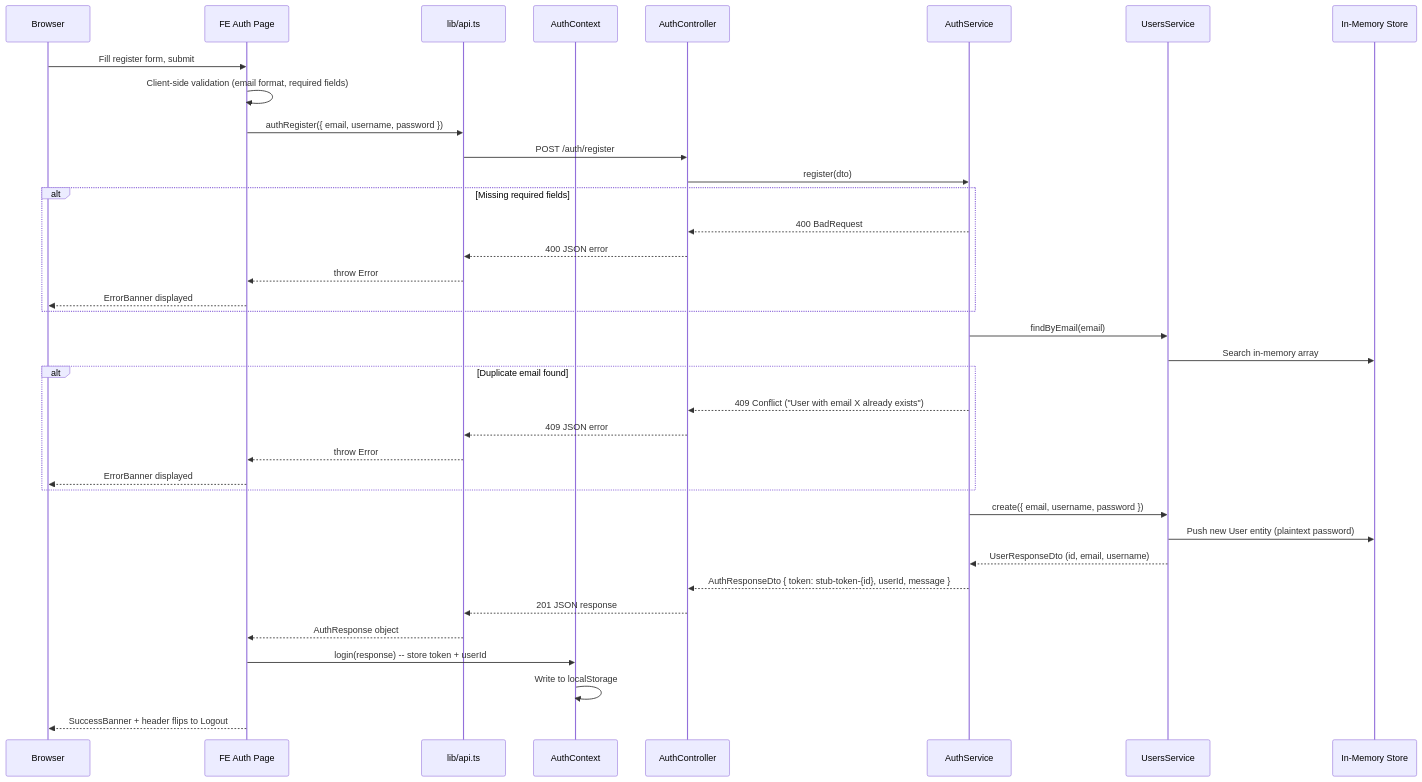
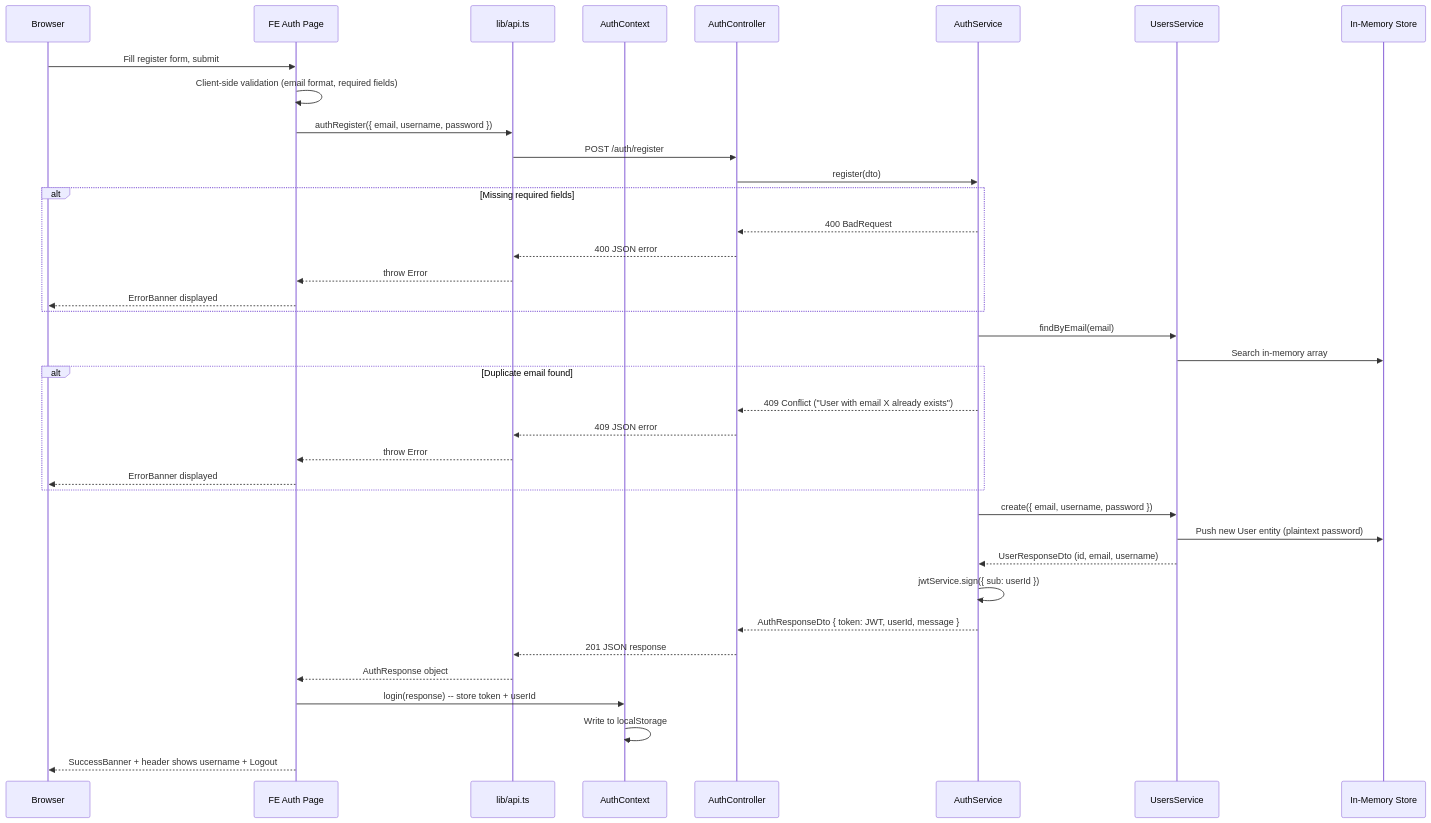
The first of 5 diagrams in docs/diagrams/auth-flow.md (KLJr-Dev/KC-Project), drawn with Mermaid before and after one commit. The commit also changed other lines of this file and 2 other files, not shown here.

First line of the commit message:
docs: update auth-flow docs, diagrams, and roadmap for v0.1.3

````diff
--- a/docs/diagrams/auth-flow.md
+++ b/docs/diagrams/auth-flow.md
@@ -13,45 +13,46 @@
 ```mermaid
 sequenceDiagram
   participant Browser
   participant AuthPage as FE Auth Page
   participant API as lib/api.ts
   participant AuthCtx as AuthContext
   participant Controller as AuthController
   participant AuthSvc as AuthService
   participant UsersSvc as UsersService
   participant Store as In-Memory Store
 
   Browser->>AuthPage: Fill register form, submit
   AuthPage->>AuthPage: Client-side validation (email format, required fields)
   AuthPage->>API: authRegister({ email, username, password })
   API->>Controller: POST /auth/register
 
   Controller->>AuthSvc: register(dto)
 
   alt Missing required fields
     AuthSvc-->>Controller: 400 BadRequest
     Controller-->>API: 400 JSON error
     API-->>AuthPage: throw Error
     AuthPage-->>Browser: ErrorBanner displayed
   end
 
   AuthSvc->>UsersSvc: findByEmail(email)
   UsersSvc->>Store: Search in-memory array
 
   alt Duplicate email found
     AuthSvc-->>Controller: 409 Conflict ("User with email X already exists")
     Controller-->>API: 409 JSON error
     API-->>AuthPage: throw Error
     AuthPage-->>Browser: ErrorBanner displayed
   end
 
   AuthSvc->>UsersSvc: create({ email, username, password })
   UsersSvc->>Store: Push new User entity (plaintext password)
   UsersSvc-->>AuthSvc: UserResponseDto (id, email, username)
-  AuthSvc-->>Controller: AuthResponseDto { token: stub-token-{id}, userId, message }
+  AuthSvc->>AuthSvc: jwtService.sign({ sub: userId })
+  AuthSvc-->>Controller: AuthResponseDto { token: JWT, userId, message }
   Controller-->>API: 201 JSON response
   API-->>AuthPage: AuthResponse object
   AuthPage->>AuthCtx: login(response) -- store token + userId
   AuthCtx->>AuthCtx: Write to localStorage
-  AuthPage-->>Browser: SuccessBanner + header flips to Logout
+  AuthPage-->>Browser: SuccessBanner + header shows username + Logout
 ```
````
